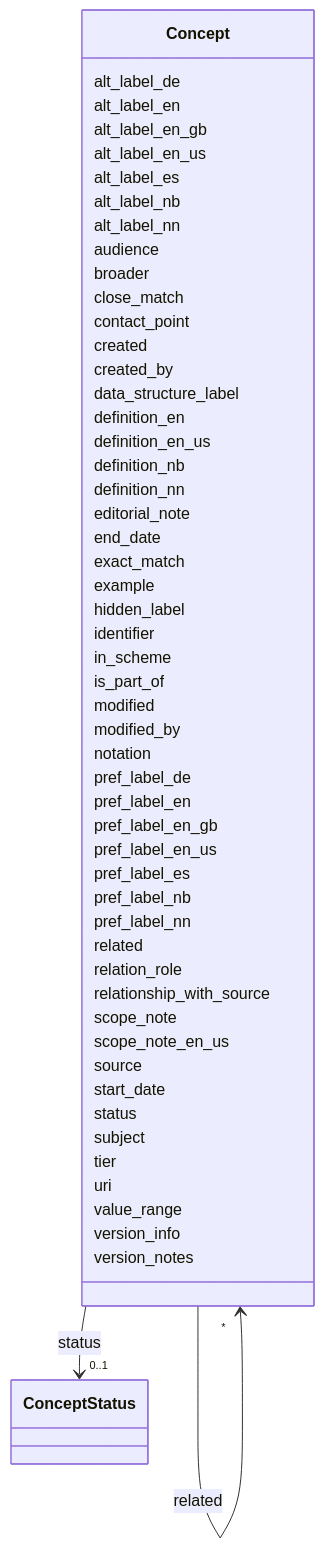
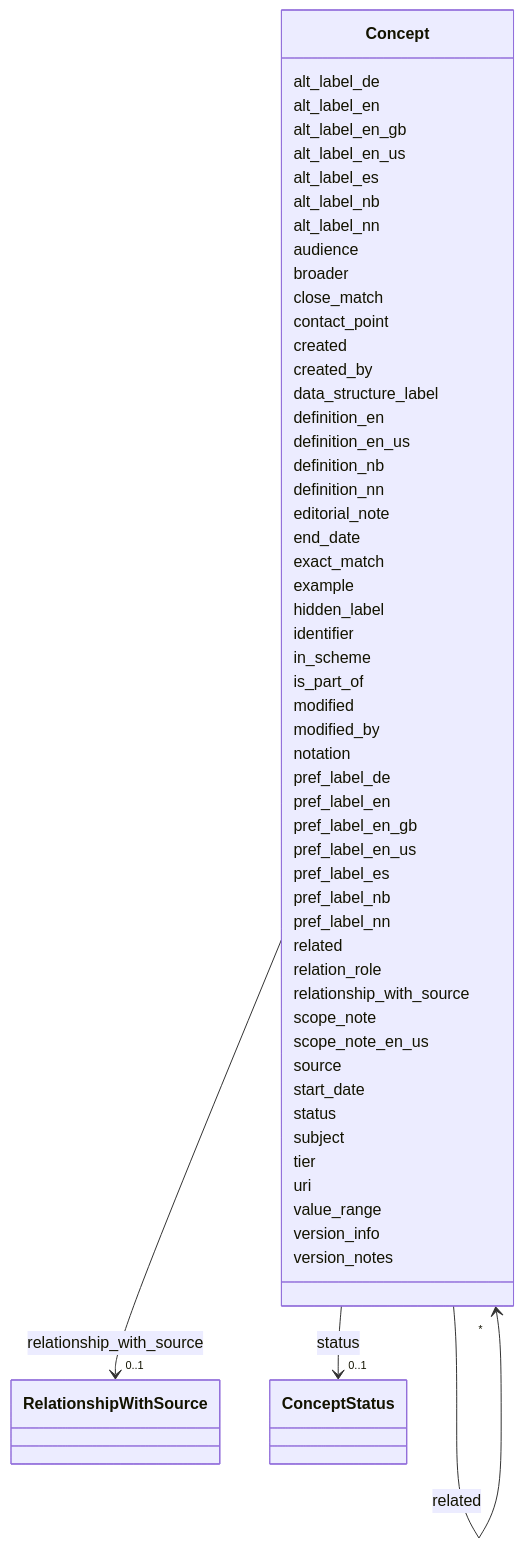
Before and after one commit to UteBroenner/skos-from-pdf-via-excel: the diagram in schema/generated/docs/Concept.md, drawn with Mermaid. The commit also changed other lines of this file and 13 other files, not shown here.

First line of the commit message:
skosno:relationshipWithSource: fixed list of SKOS-AP-NO values with concept IRIs

```diff
--- a/schema/generated/docs/Concept.md
+++ b/schema/generated/docs/Concept.md
@@ -129,6 +129,15 @@
         
       Concept : relationship_with_source
         
+          
+    
+        
+        
+        Concept --> "0..1" RelationshipWithSource : relationship_with_source
+        click RelationshipWithSource href "../RelationshipWithSource/"
+    
+
+        
       Concept : scope_note
         
       Concept : scope_note_en_us
```
